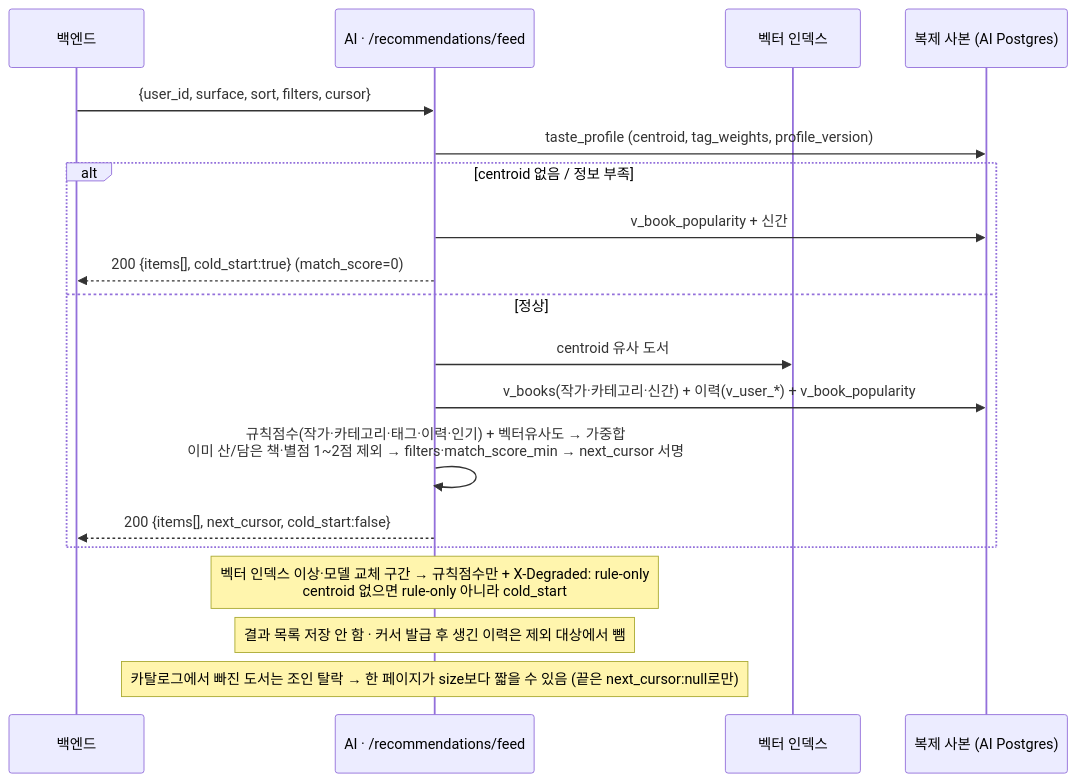
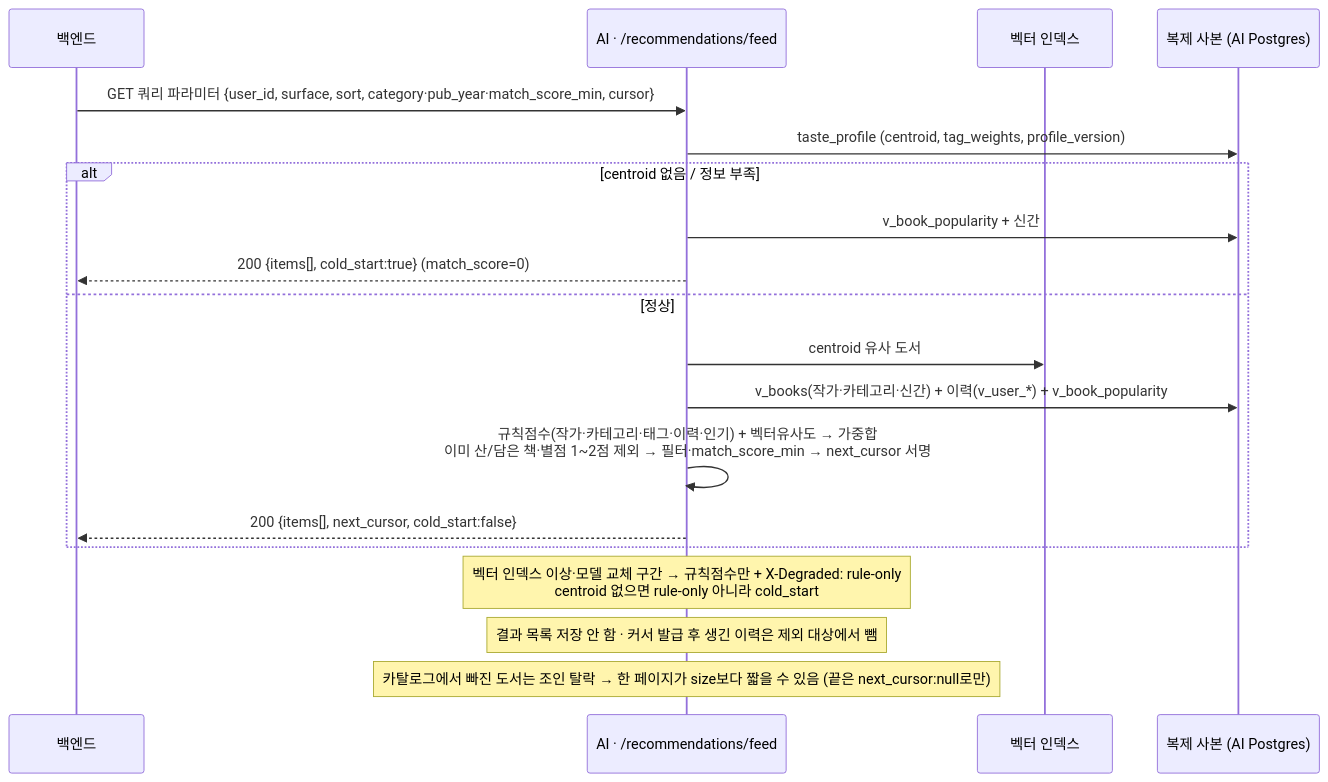
Before and after one commit to 100-hours-a-week/KTB4-13th-AI: the sixth of 16 diagrams in docs/design/ai-server-api-시퀀스.md, drawn with Mermaid. The commit also changed other lines of this file and 6 other files, not shown here.

````diff
--- a/docs/design/ai-server-api-시퀀스.md
+++ b/docs/design/ai-server-api-시퀀스.md
@@ -204,23 +204,23 @@
 ```mermaid
 sequenceDiagram
     participant BE as 백엔드
     participant F as AI · /recommendations/feed
     participant VEC as 벡터 인덱스
     participant CP as 복제 사본 (AI Postgres)
 
-    BE->>F: {user_id, surface, sort, filters, cursor}
+    BE->>F: GET 쿼리 파라미터 {user_id, surface, sort, category·pub_year·match_score_min, cursor}
     F->>CP: taste_profile (centroid, tag_weights, profile_version)
     alt centroid 없음 / 정보 부족
         F->>CP: v_book_popularity + 신간
         F-->>BE: 200 {items[], cold_start:true} (match_score=0)
     else 정상
         F->>VEC: centroid 유사 도서
         F->>CP: v_books(작가·카테고리·신간) + 이력(v_user_*) + v_book_popularity
-        F->>F: 규칙점수(작가·카테고리·태그·이력·인기) + 벡터유사도 → 가중합<br/>이미 산/담은 책·별점 1~2점 제외 → filters·match_score_min → next_cursor 서명
+        F->>F: 규칙점수(작가·카테고리·태그·이력·인기) + 벡터유사도 → 가중합<br/>이미 산/담은 책·별점 1~2점 제외 → 필터·match_score_min → next_cursor 서명
         F-->>BE: 200 {items[], next_cursor, cold_start:false}
     end
 
     Note over F: 벡터 인덱스 이상·모델 교체 구간 → 규칙점수만 + X-Degraded: rule-only<br/>centroid 없으면 rule-only 아니라 cold_start
     Note over F: 결과 목록 저장 안 함 · 커서 발급 후 생긴 이력은 제외 대상에서 뺌
     Note over F: 카탈로그에서 빠진 도서는 조인 탈락 → 한 페이지가 size보다 짧을 수 있음 (끝은 next_cursor:null로만)
 ```
````
